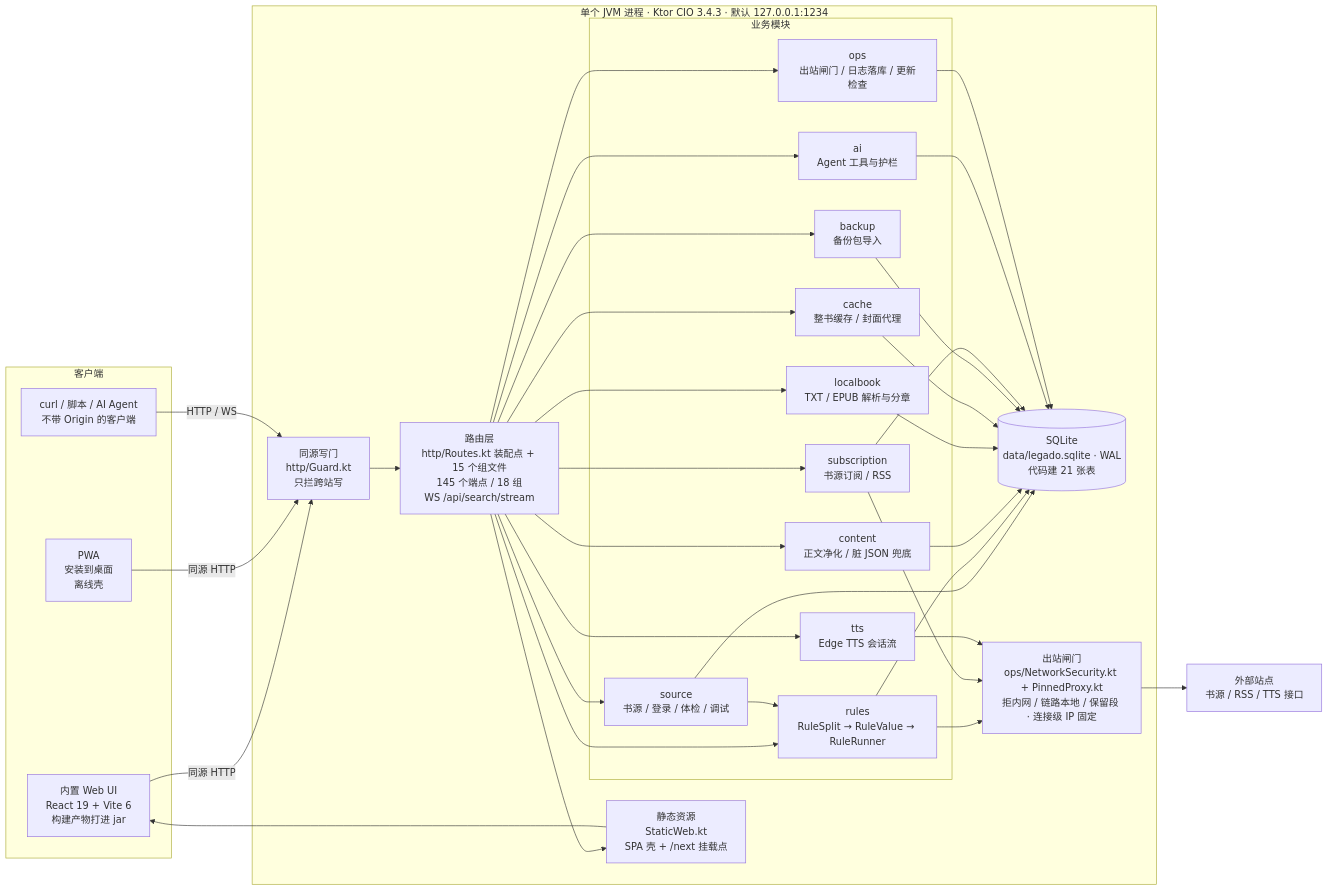
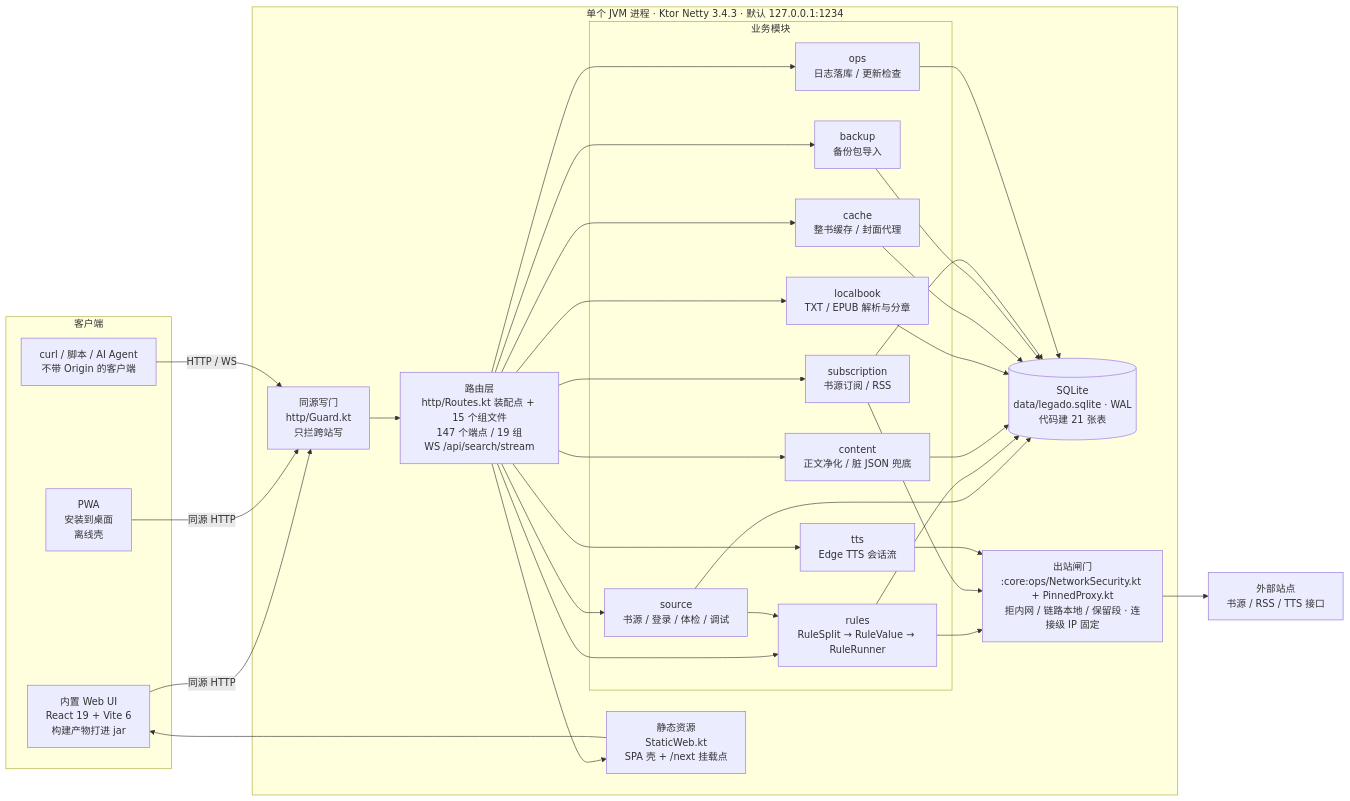
The first of 6 diagrams in docs/ARCHITECTURE.md (linqinqiu/legadoQ), drawn with Mermaid before and after one commit. The commit also changed other lines of this file and 107 other files, not shown here.

````diff
--- a/docs/ARCHITECTURE.md
+++ b/docs/ARCHITECTURE.md
@@ -12,66 +12,63 @@
 ```mermaid
 flowchart LR
     subgraph CLIENT["客户端"]
         UI["内置 Web UI<br/>React 19 + Vite 6<br/>构建产物打进 jar"]
         PWA["PWA<br/>安装到桌面<br/>离线壳"]
         CLI["curl / 脚本 / AI Agent<br/>不带 Origin 的客户端"]
     end
 
-    subgraph PROC["单个 JVM 进程 · Ktor CIO 3.4.3 · 默认 127.0.0.1:1234"]
+    subgraph PROC["单个 JVM 进程 · Ktor Netty 3.4.3 · 默认 127.0.0.1:1234"]
         GUARD["同源写门<br/>http/Guard.kt<br/>只拦跨站写"]
-        ROUTE["路由层<br/>http/Routes.kt 装配点 + 15 个组文件<br/>145 个端点 / 18 组<br/>WS /api/search/stream"]
+        ROUTE["路由层<br/>http/Routes.kt 装配点 + 15 个组文件<br/>147 个端点 / 19 组<br/>WS /api/search/stream"]
         STATIC["静态资源<br/>StaticWeb.kt<br/>SPA 壳 + /next 挂载点"]
 
         subgraph DOMAIN["业务模块"]
             SRC["source<br/>书源 / 登录 / 体检 / 调试"]
             RULE["rules<br/>RuleSplit → RuleValue → RuleRunner"]
             CONTENT["content<br/>正文净化 / 脏 JSON 兜底"]
             LOCAL["localbook<br/>TXT / EPUB 解析与分章"]
             CACHE["cache<br/>整书缓存 / 封面代理"]
             TTS["tts<br/>Edge TTS 会话流"]
             BACKUP["backup<br/>备份包导入"]
             SUB["subscription<br/>书源订阅 / RSS"]
-            AGENT["ai<br/>Agent 工具与护栏"]
-            OPS["ops<br/>出站闸门 / 日志落库 / 更新检查"]
+            OPS["ops<br/>日志落库 / 更新检查"]
         end
 
         DB[("SQLite<br/>data/legado.sqlite · WAL<br/>代码建 21 张表")]
-        NETSEC["出站闸门<br/>ops/NetworkSecurity.kt + PinnedProxy.kt<br/>拒内网 / 链路本地 / 保留段 · 连接级 IP 固定"]
+        NETSEC["出站闸门<br/>:core:ops/NetworkSecurity.kt + PinnedProxy.kt<br/>拒内网 / 链路本地 / 保留段 · 连接级 IP 固定"]
     end
 
     NET["外部站点<br/>书源 / RSS / TTS 接口"]
 
     UI -->|"同源 HTTP"| GUARD
     PWA -->|"同源 HTTP"| GUARD
     CLI -->|"HTTP / WS"| GUARD
     GUARD --> ROUTE
     ROUTE --> STATIC
     STATIC --> UI
 
     ROUTE --> SRC
     ROUTE --> RULE
     ROUTE --> CONTENT
     ROUTE --> LOCAL
     ROUTE --> CACHE
     ROUTE --> TTS
     ROUTE --> BACKUP
     ROUTE --> SUB
-    ROUTE --> AGENT
     ROUTE --> OPS
 
     SRC --> RULE
     RULE --> NETSEC
     NETSEC --> NET
     SUB --> NETSEC
     TTS --> NETSEC
 
     SRC --> DB
     RULE --> DB
     CONTENT --> DB
     LOCAL --> DB
     CACHE --> DB
     BACKUP --> DB
     SUB --> DB
-    AGENT --> DB
     OPS --> DB
 ```
````
